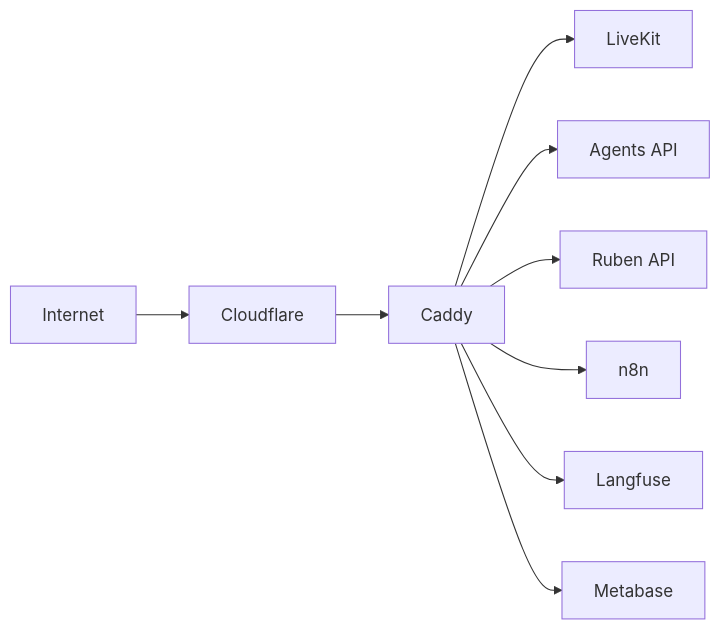
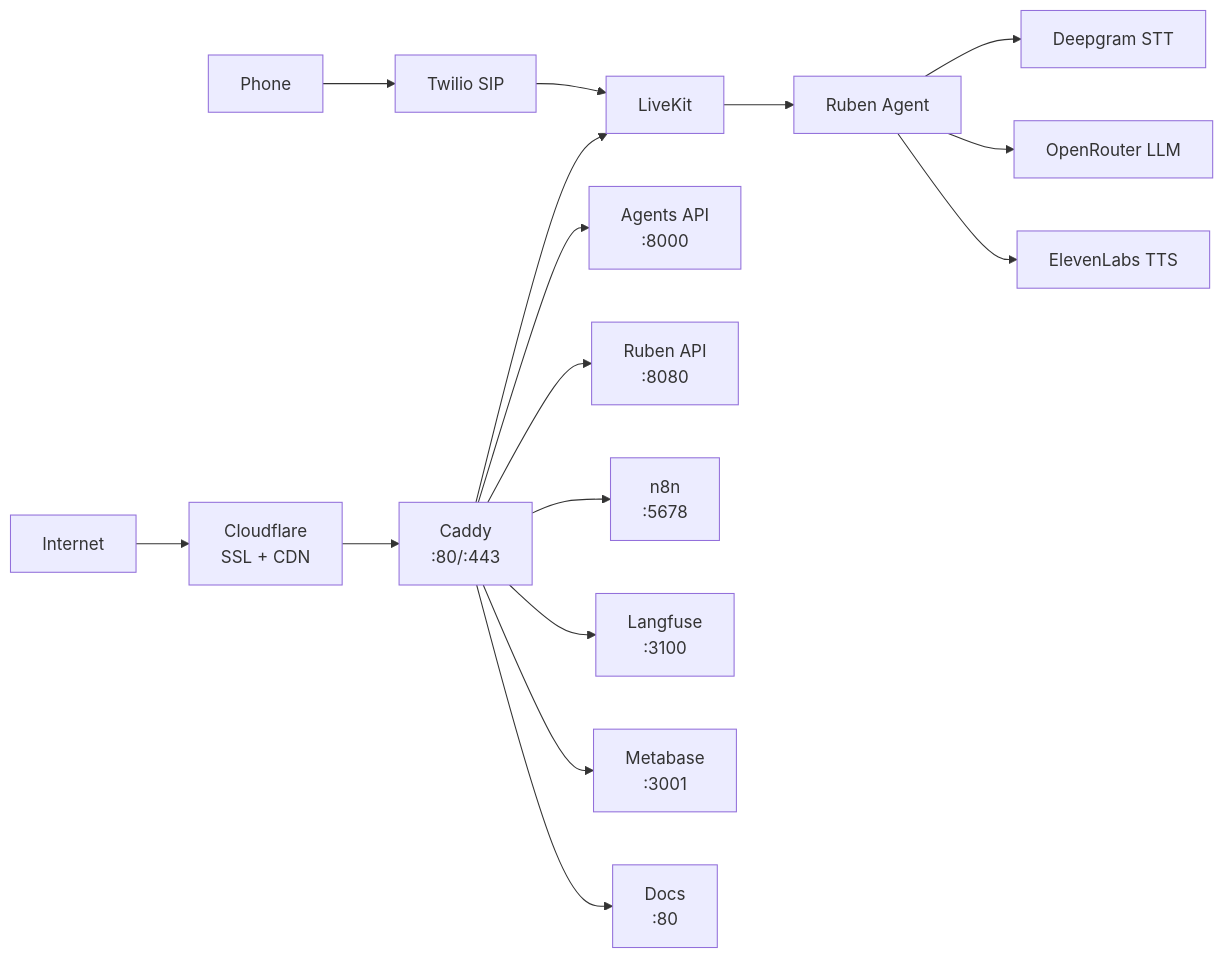
Before and after one commit to JWconsultancy1234/dyniq-docs: the first of 2 diagrams in docs/developers/infrastructure/overview.md, drawn with Mermaid. The commit also changed other lines of this file and 13 other files, not shown here.

First line of the commit message:
docs: add architecture, API reference, and infrastructure documentation (DYN-166, DYN-167, DYN-168)

````diff
--- a/docs/developers/infrastructure/overview.md
+++ b/docs/developers/infrastructure/overview.md
@@ -24,11 +13,18 @@
 ```mermaid
 graph LR
-    Internet --> Cloudflare
-    Cloudflare --> Caddy
-    Caddy --> LiveKit
-    Caddy --> AgentsAPI[Agents API]
-    Caddy --> RubenAPI[Ruben API]
-    Caddy --> n8n
-    Caddy --> Langfuse
-    Caddy --> Metabase
+    Internet[Internet] --> CF[Cloudflare<br/>SSL + CDN]
+    Phone[Phone] --> Twilio[Twilio SIP]
+    CF --> Caddy[Caddy<br/>:80/:443]
+    Twilio --> LK[LiveKit]
+    Caddy --> LK
+    Caddy --> AA[Agents API<br/>:8000]
+    Caddy --> RA[Ruben API<br/>:8080]
+    Caddy --> N8N[n8n<br/>:5678]
+    Caddy --> LF[Langfuse<br/>:3100]
+    Caddy --> MB[Metabase<br/>:3001]
+    Caddy --> DOCS[Docs<br/>:80]
+    LK --> Ruben[Ruben Agent]
+    Ruben --> DG[Deepgram STT]
+    Ruben --> OR[OpenRouter LLM]
+    Ruben --> EL[ElevenLabs TTS]
 ```
````
